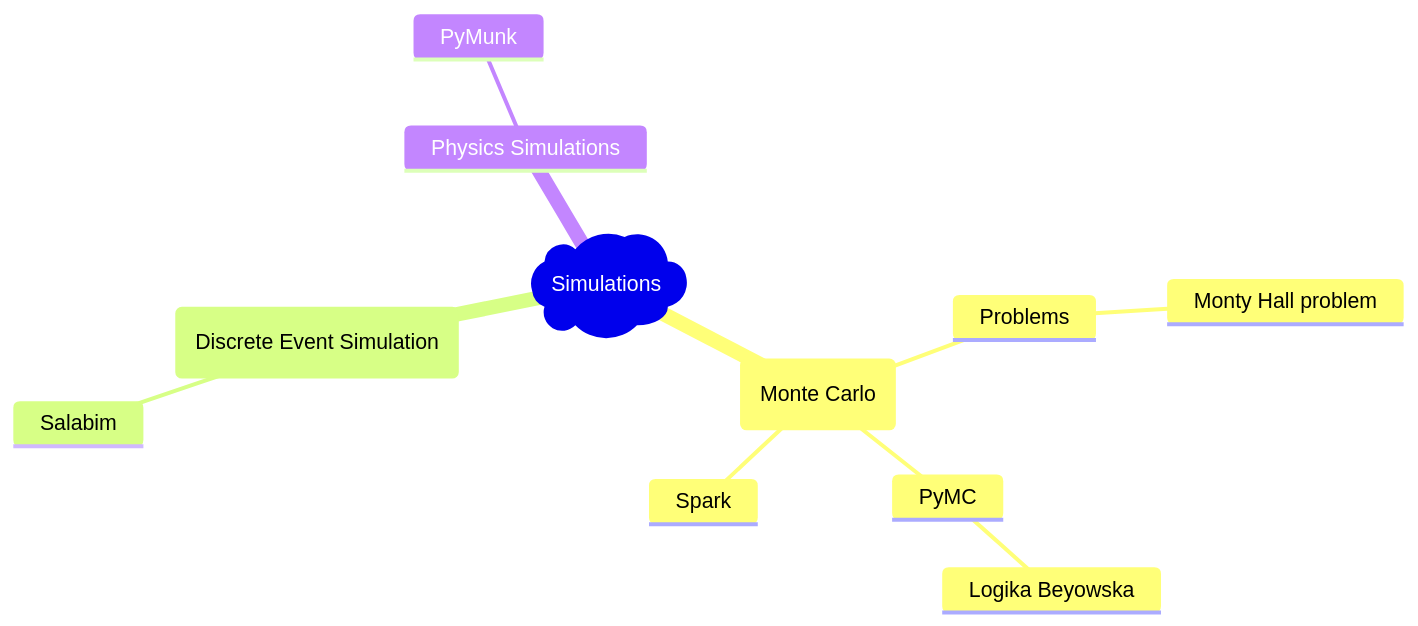
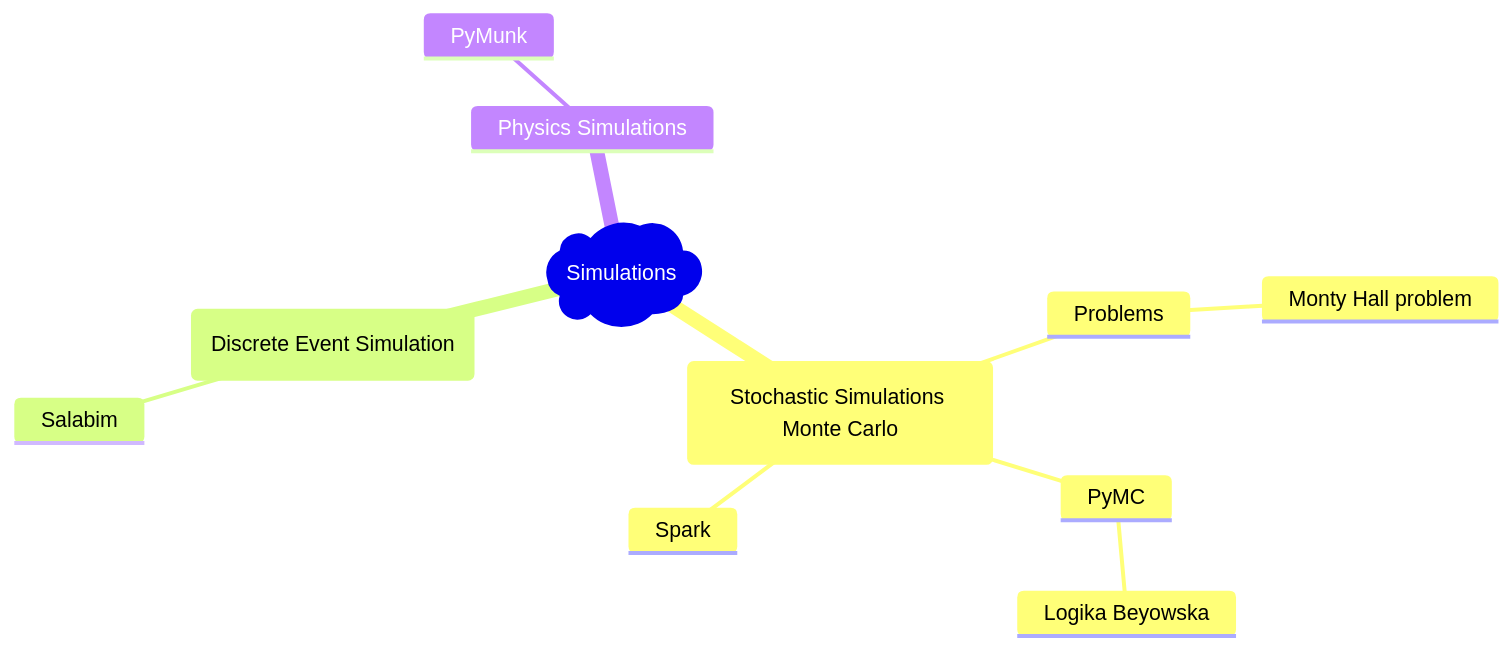
One commit to ArtRac/simulations changed the diagram in README.md. Above: the diagram before and after it, drawn with Mermaid.

````diff
--- a/README.md
+++ b/README.md
@@ -3,14 +3,15 @@
 ```mermaid
 mindmap
     )Simulations(
-        (Monte Carlo)
+        
+        (Stochastic Simulations Monte Carlo)
             Problems
                 Monty Hall problem
             PyMC
                 Logika Beyowska
             Spark
         (Discrete Event Simulation)
             Salabim
         Physics Simulations
             PyMunk
 ```
````
